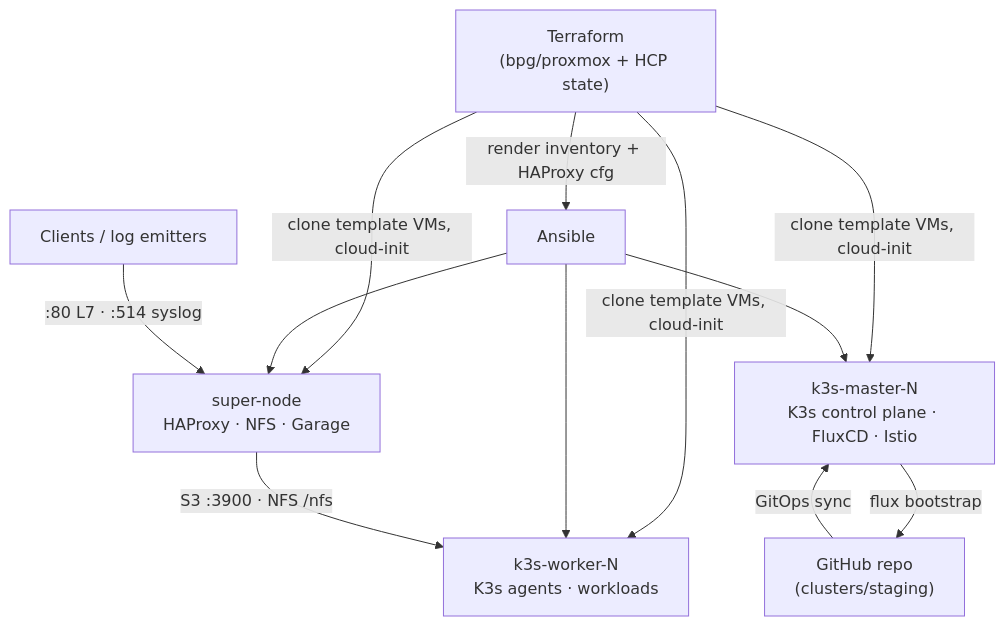
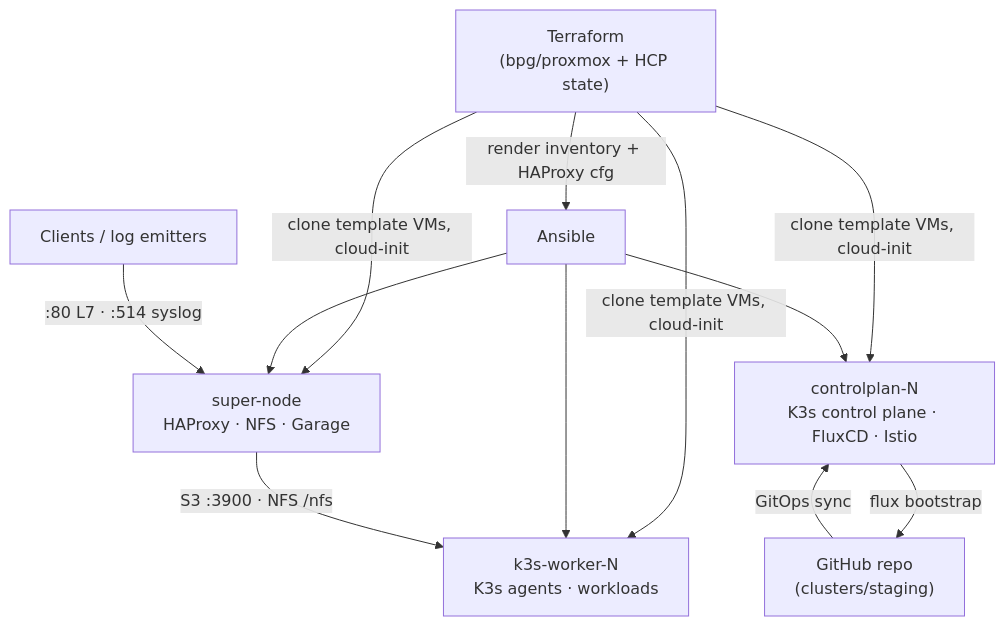
Before and after one commit to traipoap/infra: the diagram in README.md, drawn with Mermaid. The commit also changed other lines of this file and 2 other files, not shown here.

Commit message:
Rename k3s-master to controlplan and update node specs

````diff
--- a/README.md
+++ b/README.md
@@ -30,14 +30,14 @@
 ```mermaid
 flowchart TD
   TF["Terraform<br/>(bpg/proxmox + HCP state)"] -->|clone template VMs, cloud-init| SN["super-node<br/>HAProxy · NFS · Garage"]
-  TF -->|clone template VMs, cloud-init| M1["k3s-master-N<br/>K3s control plane · FluxCD · Istio"]
+  TF -->|clone template VMs, cloud-init| M1["controlplan-N<br/>K3s control plane · FluxCD · Istio"]
   TF -->|clone template VMs, cloud-init| W1["k3s-worker-N<br/>K3s agents · workloads"]
   TF -->|render inventory + HAProxy cfg| ANS["Ansible"]
   ANS --> SN
   ANS --> M1
   ANS --> W1
   M1 -->|flux bootstrap| GIT["GitHub repo<br/>(clusters/staging)"]
   GIT -->|GitOps sync| M1
   CLI["Clients / log emitters"] -->|":80 L7 · :514 syslog"| SN
   SN -->|S3 :3900 · NFS /nfs| W1
 ```
````
